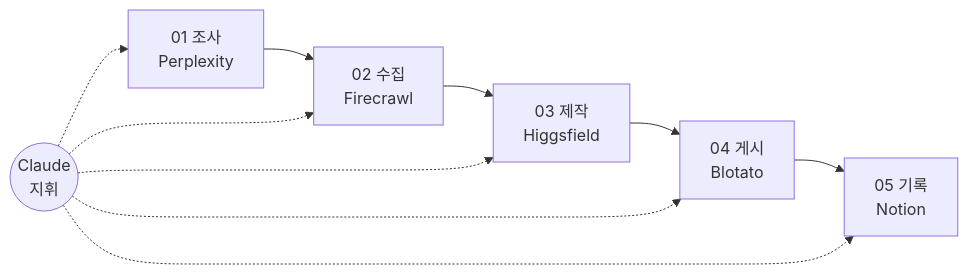
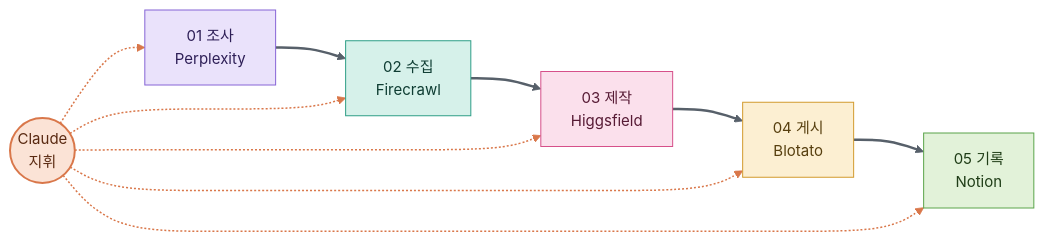
One commit to Ruminem/ai-crew-atlas changed the third of 3 diagrams in TOOLS.md. Above: the diagram before and after it, drawn with Mermaid. The commit also changed other lines of this file and 1 other file, not shown here.

````diff
--- a/TOOLS.md
+++ b/TOOLS.md
@@ -87,16 +141,32 @@
 ```mermaid
+%%{init: {"theme": "base", "themeVariables": {"fontSize": "15px", "primaryTextColor": "#1F2328", "textColor": "#1F2328", "lineColor": "#8C959F", "edgeLabelBackground": "#FFFFFF", "clusterBkg": "#F6F8FA", "clusterBorder": "#D0D7DE", "titleColor": "#57606A"}, "flowchart": {"curve": "basis", "nodeSpacing": 28, "rankSpacing": 70}}}%%
 flowchart LR
     C(("Claude<br/>지휘"))
     P["01 조사<br/>Perplexity"]
     F["02 수집<br/>Firecrawl"]
     H["03 제작<br/>Higgsfield"]
     B["04 게시<br/>Blotato"]
     N["05 기록<br/>Notion"]
 
     P --> F --> H --> B --> N
     C -.-> P
     C -.-> F
     C -.-> H
     C -.-> B
     C -.-> N
+
+    classDef claude fill:#FBE3D6,stroke:#D9774A,stroke-width:2px,color:#5A2A12
+    classDef research fill:#EAE2FB,stroke:#8664D6,color:#2E1F57
+    classDef collect fill:#D6F1EA,stroke:#2E9E86,color:#0F3D33
+    classDef create fill:#FBE0EC,stroke:#D6508A,color:#571B35
+    classDef publish fill:#FCEFD2,stroke:#D29A2E,color:#573F0F
+    classDef record fill:#E2F2D9,stroke:#5AA44A,color:#1F3D17
+    class C claude
+    class P research
+    class F collect
+    class H create
+    class B publish
+    class N record
+    linkStyle 0,1,2,3 stroke:#57606A,stroke-width:2.5px
+    linkStyle 4,5,6,7,8 stroke:#D9774A,stroke-width:1.5px
 ```
````
